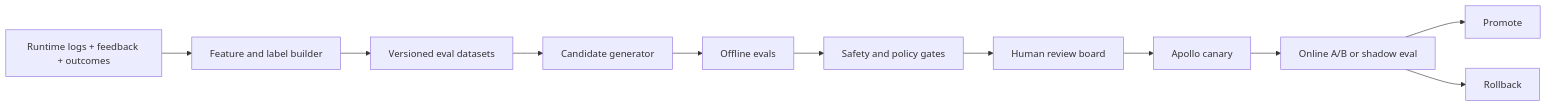
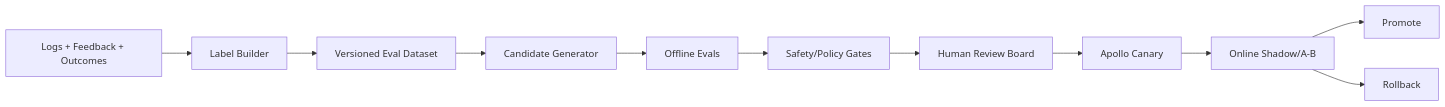
The third of 3 diagrams in investors/clearglassinc-artemis-self-evolving-ai-platform.md (ClearGlassInc/ClearGlassIncorporated-Desmond), drawn with Mermaid before and after one commit. The commit also changed other lines of this file, not shown here.

````diff
--- a/investors/clearglassinc-artemis-self-evolving-ai-platform.md
+++ b/investors/clearglassinc-artemis-self-evolving-ai-platform.md
@@ -371,13 +203,13 @@
 ```mermaid
 flowchart LR
-  LOGS[Runtime logs + feedback + outcomes] --> LABEL[Feature and label builder]
-  LABEL --> DATASET[Versioned eval datasets]
-  DATASET --> CAND[Candidate generator]
-  CAND --> OFFLINE[Offline evals]
-  OFFLINE --> SAFETY[Safety and policy gates]
-  SAFETY --> BOARD[Human review board]
-  BOARD --> CANARY[Apollo canary]
-  CANARY --> ONLINE[Online A/B or shadow eval]
-  ONLINE --> PROMOTE[Promote]
-  ONLINE --> ROLLBACK[Rollback]
+  Signals[Logs + Feedback + Outcomes] --> Labels[Label Builder]
+  Labels --> Dataset[Versioned Eval Dataset]
+  Dataset --> Candidate[Candidate Generator]
+  Candidate --> Offline[Offline Evals]
+  Offline --> Safety[Safety/Policy Gates]
+  Safety --> Review[Human Review Board]
+  Review --> Canary[Apollo Canary]
+  Canary --> Shadow[Online Shadow/A-B]
+  Shadow --> Promote[Promote]
+  Shadow --> Rollback[Rollback]
 ```
````
